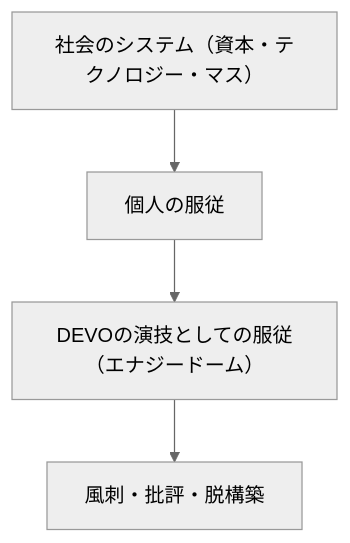
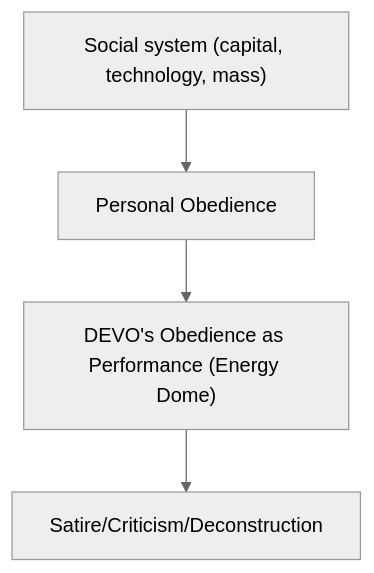
The first of 2 diagrams in en/_posts/2025-10-28-column-devo-energy-dome.md (monumental-movement/monumental-movement.github.io), drawn with Mermaid (neutral theme) before and after one commit. The commit also changed other lines of this file and 1719 other files, not shown here.

```diff
--- a/en/_posts/2025-10-28-column-devo-energy-dome.md
+++ b/en/_posts/2025-10-28-column-devo-energy-dome.md
@@ -114,12 +116,12 @@
 <div class="mermaid">
 
 graph TD
-  A["社会のシステム（資本・テクノロジー・マス）"]
-  B["個人の服従"]
-  C["DEVOの演技としての服従（エナジードーム）"]
-  D["風刺・批評・脱構築"]
-  A --> B
-  B --> C
-  C --> D
+A["Social system (capital, technology, mass)"]
+B["Personal Obedience"]
+C["DEVO's Obedience as Performance (Energy Dome)"]
+D["Satire/Criticism/Deconstruction"]
+A --> B
+B --> C
+C --> D
 
 </div>
```
